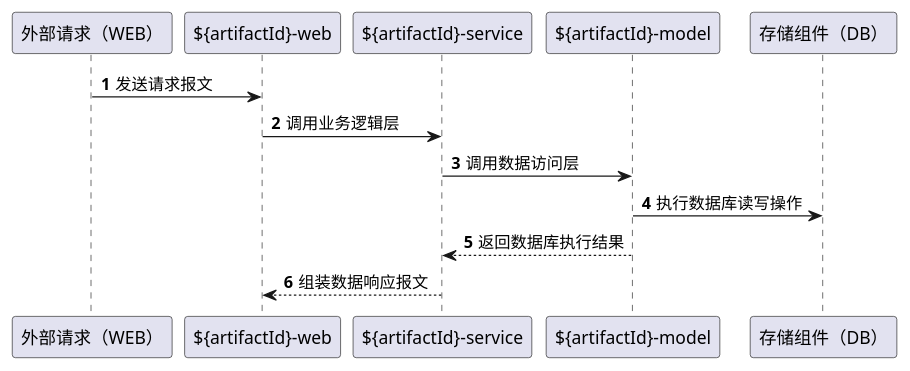
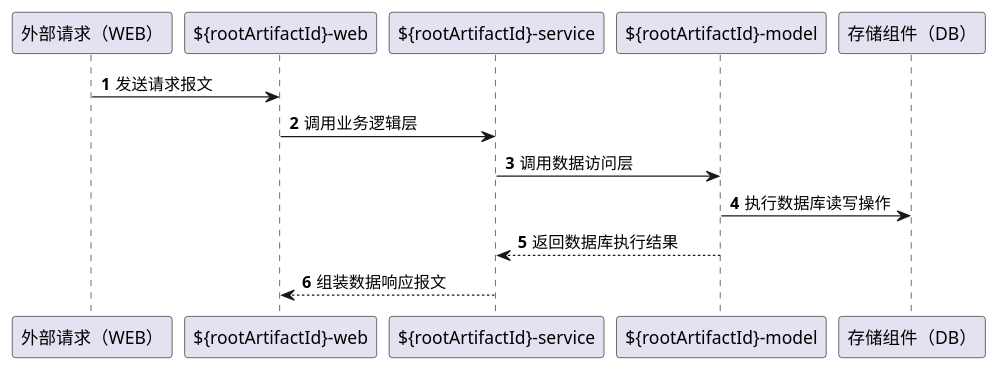
The diagram in eden-archetype-mvc/src/main/resources/archetype-resources/src/docs/uml/sequence.puml (shiyindaxiaojie/eden-archetype), drawn with PlantUML before and after one commit. The commit also changed other lines of this file and 143 other files, not shown here.

```diff
--- a/eden-archetype-mvc/src/main/resources/archetype-resources/src/docs/uml/sequence.puml
+++ b/eden-archetype-mvc/src/main/resources/archetype-resources/src/docs/uml/sequence.puml
@@ -1,12 +2,12 @@
 @startuml
 
 autonumber
 
-"外部请求（WEB）" -> "${artifactId}-web": 发送请求报文
-"${artifactId}-web" -> "${artifactId}-service": 调用业务逻辑层
-"${artifactId}-service" -> "${artifactId}-model": 调用数据访问层
-"${artifactId}-model" -> "存储组件（DB）": 执行数据库读写操作
-"${artifactId}-model" --> "${artifactId}-service": 返回数据库执行结果
-"${artifactId}-service" --> "${artifactId}-web": 组装数据响应报文
+"外部请求（WEB）" -> "${rootArtifactId}-web": 发送请求报文
+"${rootArtifactId}-web" -> "${rootArtifactId}-service": 调用业务逻辑层
+"${rootArtifactId}-service" -> "${rootArtifactId}-model": 调用数据访问层
+"${rootArtifactId}-model" -> "存储组件（DB）": 执行数据库读写操作
+"${rootArtifactId}-model" --> "${rootArtifactId}-service": 返回数据库执行结果
+"${rootArtifactId}-service" --> "${rootArtifactId}-web": 组装数据响应报文
 
 @enduml
```
